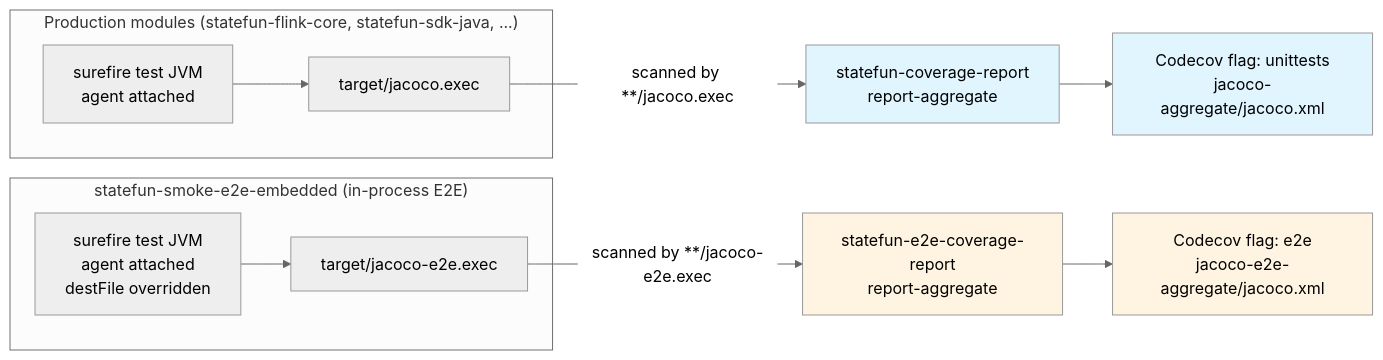
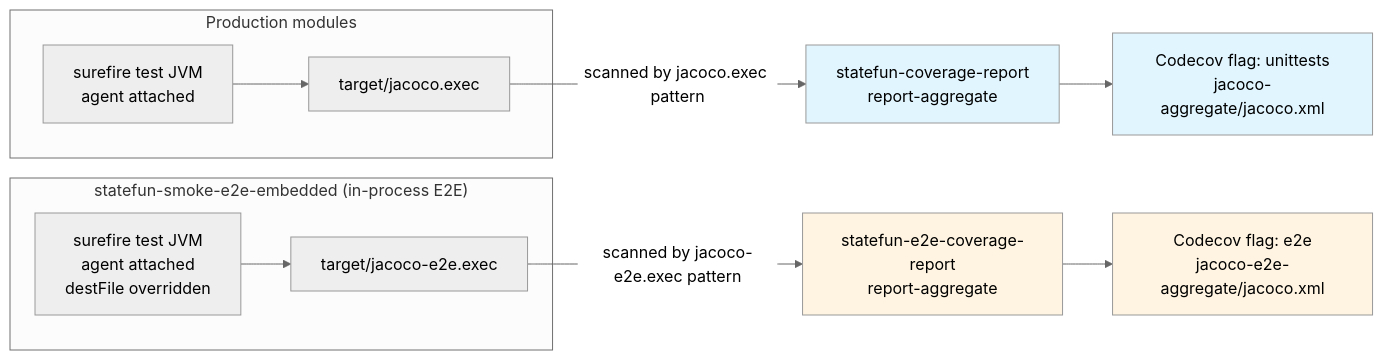
One commit to kzmlabs/flink-statefun changed the first of 5 diagrams in statefun-coverage-report/README.md. Above: the diagram before and after it, drawn with Mermaid (neutral theme). The commit also changed other lines of this file, not shown here.

First line of the commit message:
docs(coverage): refresh aggregator README for two-flag setup

````diff
--- a/statefun-coverage-report/README.md
+++ b/statefun-coverage-report/README.md
@@ -9,21 +9,21 @@
 ```mermaid
 flowchart LR
-    subgraph PROD["Production modules (statefun-flink-core, statefun-sdk-java, ...)"]
-        P1[surefire test JVM<br/>agent attached] --> P2[target/jacoco.exec]
+    subgraph PROD["Production modules"]
+        P1["surefire test JVM<br/>agent attached"] --> P2["target/jacoco.exec"]
     end
 
     subgraph EMB["statefun-smoke-e2e-embedded (in-process E2E)"]
-        E1[surefire test JVM<br/>agent attached<br/>destFile overridden] --> E2[target/jacoco-e2e.exec]
+        E1["surefire test JVM<br/>agent attached<br/>destFile overridden"] --> E2["target/jacoco-e2e.exec"]
     end
 
-    P2 -->|scanned by **/jacoco.exec| AGG1[statefun-coverage-report<br/>report-aggregate]
-    E2 -->|scanned by **/jacoco-e2e.exec| AGG2[statefun-e2e-coverage-report<br/>report-aggregate]
+    P2 -->|"scanned by jacoco.exec pattern"| AGG1["statefun-coverage-report<br/>report-aggregate"]
+    E2 -->|"scanned by jacoco-e2e.exec pattern"| AGG2["statefun-e2e-coverage-report<br/>report-aggregate"]
 
-    AGG1 --> CV1[Codecov flag: unittests<br/>jacoco-aggregate/jacoco.xml]
-    AGG2 --> CV2[Codecov flag: e2e<br/>jacoco-e2e-aggregate/jacoco.xml]
+    AGG1 --> CV1["Codecov flag: unittests<br/>jacoco-aggregate/jacoco.xml"]
+    AGG2 --> CV2["Codecov flag: e2e<br/>jacoco-e2e-aggregate/jacoco.xml"]
 
     style AGG1 fill:#e1f5ff
     style AGG2 fill:#fff4e1
     style CV1 fill:#e1f5ff
     style CV2 fill:#fff4e1
 ```
````
